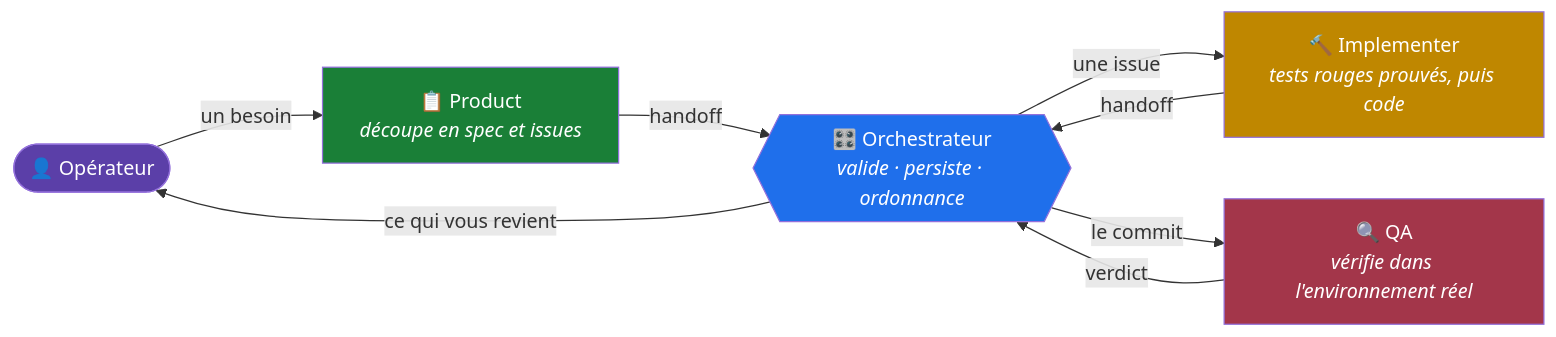
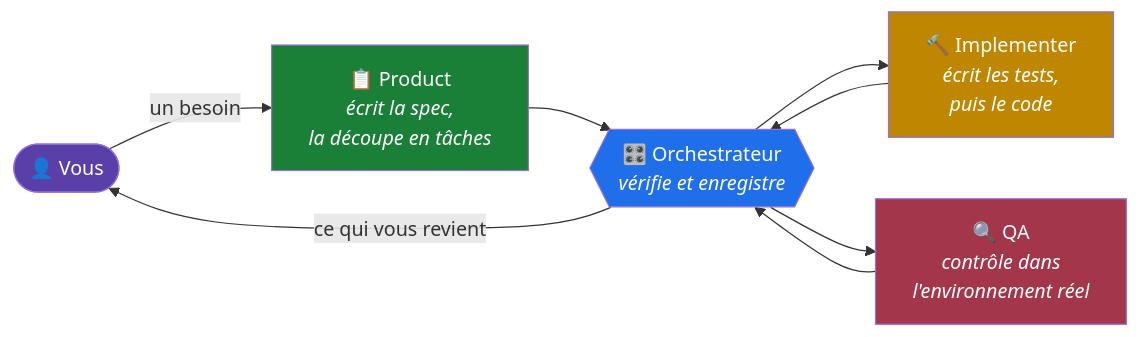
One commit to HerbertCodex/agent-pipeline changed the first of 3 diagrams in README.md. Above: the diagram before and after it, drawn with Mermaid. The commit also changed other lines of this file, not shown here.

````diff
--- a/README.md
+++ b/README.md
@@ -33,16 +79,16 @@
 ```mermaid
 flowchart LR
-    OP(["👤 Opérateur"]) -->|un besoin| P
-    P["📋 Product<br/><i>découpe en spec et issues</i>"] -->|handoff| O
-    O{{"🎛️ Orchestrateur<br/><i>valide · persiste · ordonnance</i>"}} -->|une issue| I
-    I["🔨 Implementer<br/><i>tests rouges prouvés, puis code</i>"] -->|handoff| O
-    O -->|le commit| Q
-    Q["🔍 QA<br/><i>vérifie dans l'environnement réel</i>"] -->|verdict| O
+    OP(["👤 Vous"]) -->|un besoin| P
+    P["📋 Product<br/><i>écrit la spec,<br/>la découpe en tâches</i>"] --> O
+    O{{"🎛️ Orchestrateur<br/><i>vérifie et enregistre</i>"}} --> I
+    I["🔨 Implementer<br/><i>écrit les tests,<br/>puis le code</i>"] --> O
+    O --> Q
+    Q["🔍 QA<br/><i>contrôle dans<br/>l'environnement réel</i>"] --> O
     O -->|ce qui vous revient| OP
 
     style OP fill:#5b3fa8,color:#fff
     style O fill:#1f6feb,color:#fff
     style P fill:#1a7f37,color:#fff
     style I fill:#bf8700,color:#fff
     style Q fill:#a3364a,color:#fff
 ```
````
